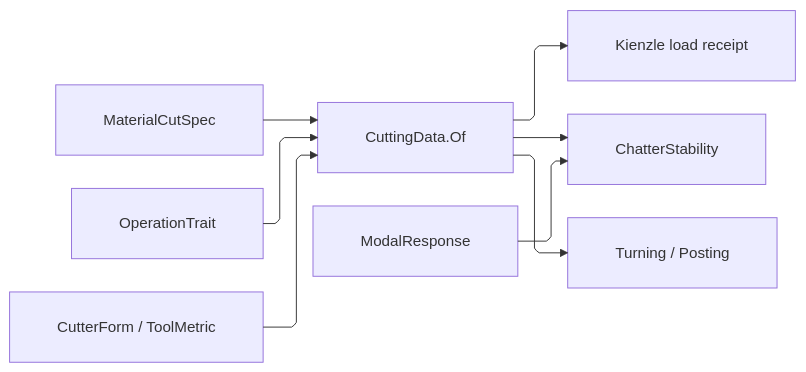
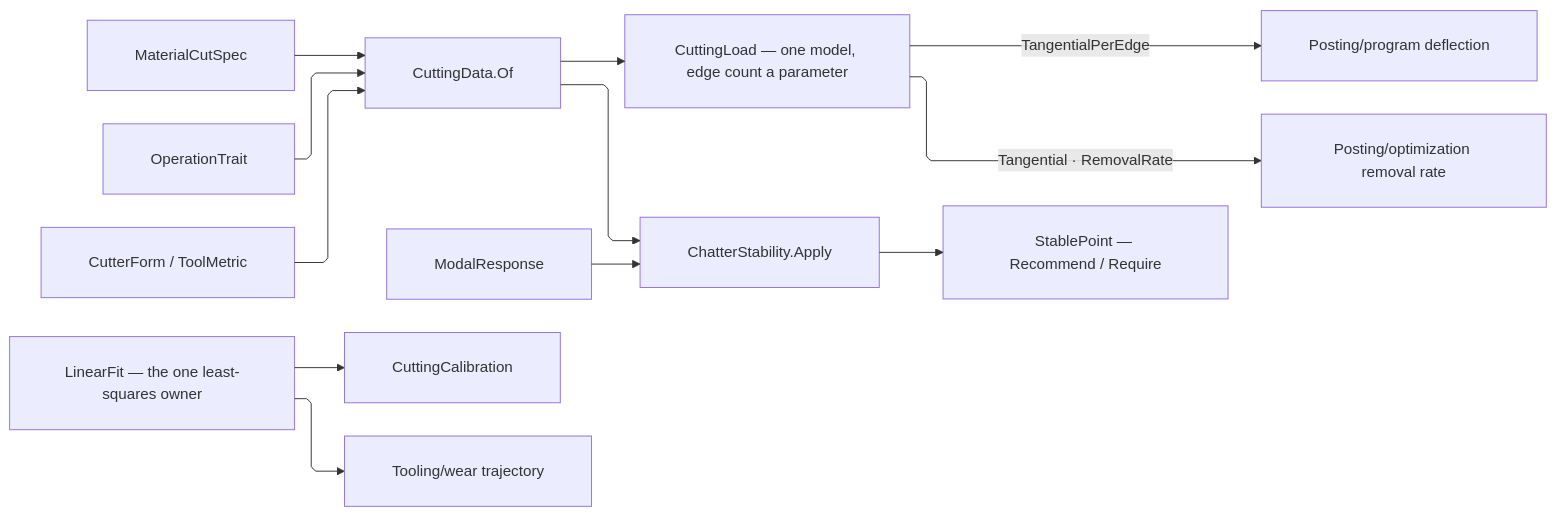
One commit to bsamiee/Rasm changed the diagram in libs/csharp/Rasm.Fabrication/.planning/Tooling/cuttingdata.md. Above: the diagram before and after it, drawn with Mermaid. The commit also changed other lines of this file and 747 other files, not shown here.

````diff
--- a/libs/csharp/Rasm.Fabrication/.planning/Tooling/cuttingdata.md
+++ b/libs/csharp/Rasm.Fabrication/.planning/Tooling/cuttingdata.md
@@ -937,19 +1334,23 @@
 ```mermaid
 ---
 config:
   layout: elk
   flowchart:
     curve: linear
     padding: 25
 ---
 flowchart LR
     accTitle: Cutting-data composition
-    accDescr: Material, operation, and tool evidence resolve cutting load and chatter stability.
+    accDescr: Material, operation, and tool evidence resolve one cutting load whose per-edge and engaged columns feed deflection and removal-rate consumers, beside the chatter solve that recommends one stable point.
     Material["MaterialCutSpec"] --> Resolve["CuttingData.Of"]
     Operation["OperationTrait"] --> Resolve
     Tool["CutterForm / ToolMetric"] --> Resolve
-    Resolve --> Load["Kienzle load receipt"]
-    Resolve --> Stability["ChatterStability"]
+    Resolve --> Load["CuttingLoad — one model, edge count a parameter"]
+    Load -->|TangentialPerEdge| Deflection["Posting/program deflection"]
+    Load -->|Tangential · RemovalRate| Removal["Posting/optimization removal rate"]
+    Resolve --> Stability["ChatterStability.Apply"]
     Modal["ModalResponse"] --> Stability
-    Resolve --> Turning["Turning / Posting"]
+    Stability --> Point["StablePoint — Recommend / Require"]
+    Fit["LinearFit — the one least-squares owner"] --> Calibration["CuttingCalibration"]
+    Fit --> Wear["Tooling/wear trajectory"]
 ```
````
